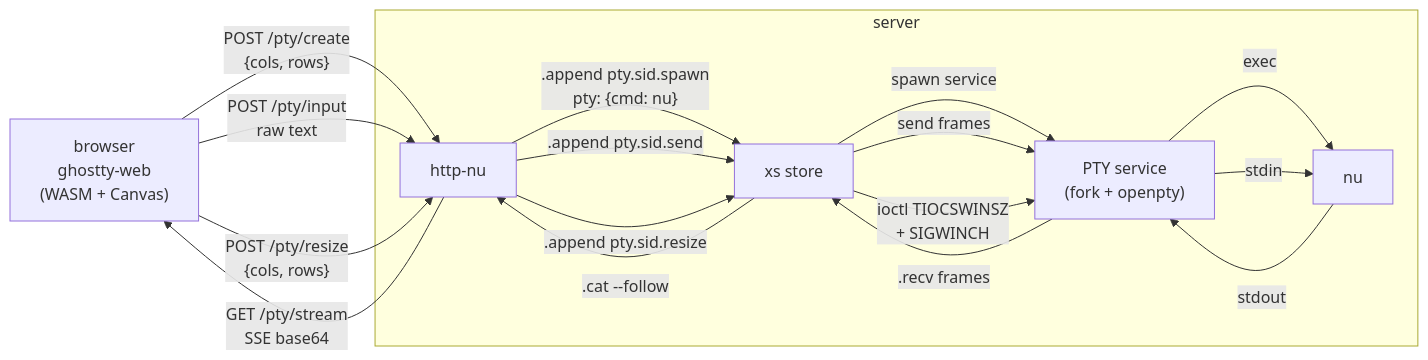
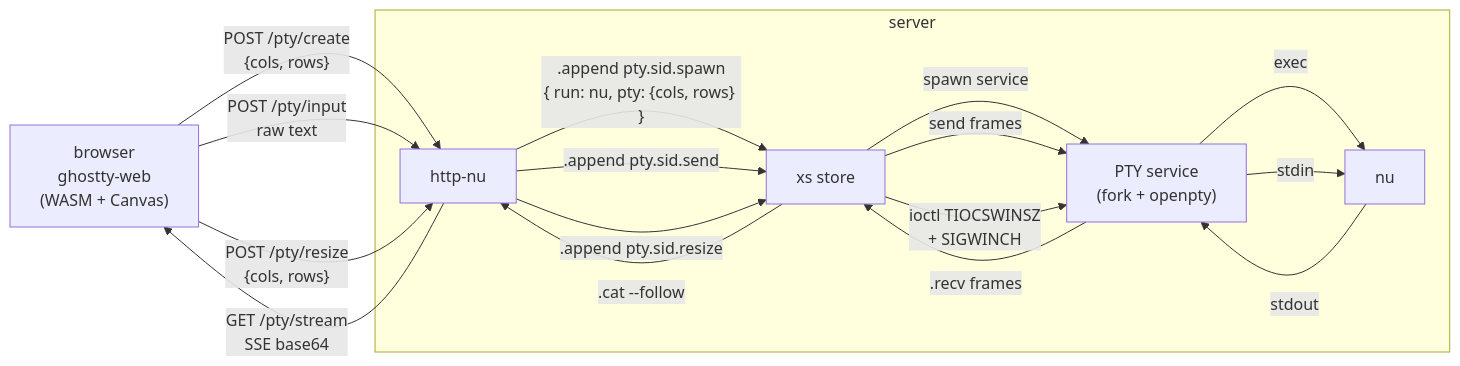
The first of 2 diagrams in docs/src/content/docs/tutorials/web-terminal.mdx (cablehead/xs), drawn with Mermaid before and after one commit. The commit also changed other lines of this file and 1 other file, not shown here.

Commit message:
fix: revert CI to main-only pushes, update docs spawn syntax

````diff
--- a/docs/src/content/docs/tutorials/web-terminal.mdx
+++ b/docs/src/content/docs/tutorials/web-terminal.mdx
@@ -19,30 +19,30 @@
 ```mermaid
 graph LR
     Browser["browser<br/>ghostty-web<br/>(WASM + Canvas)"]
 
     subgraph server
         HttpNu["http-nu"]
         XS["xs store"]
         PTY["PTY service<br/>(fork + openpty)"]
         Nu["nu"]
     end
 
     Browser -- "POST /pty/create<br/>{cols, rows}" --> HttpNu
-    HttpNu -- ".append pty.sid.spawn<br/>pty: {cmd: nu}" --> XS
+    HttpNu -- ".append pty.sid.spawn<br/>{ run: nu, pty: {cols, rows} }" --> XS
     XS -- "spawn service" --> PTY
     PTY -- "exec" --> Nu
 
     Nu -- "stdout" --> PTY
     PTY -- ".recv frames" --> XS
     XS -- ".cat --follow" --> HttpNu
     HttpNu -- "GET /pty/stream<br/>SSE base64" --> Browser
 
     Browser -- "POST /pty/input<br/>raw text" --> HttpNu
     HttpNu -- ".append pty.sid.send" --> XS
     XS -- "send frames" --> PTY
     PTY -- "stdin" --> Nu
 
     Browser -- "POST /pty/resize<br/>{cols, rows}" --> HttpNu
     HttpNu -- ".append pty.sid.resize" --> XS
     XS -- "ioctl TIOCSWINSZ<br/>+ SIGWINCH" --> PTY
 ```
````
